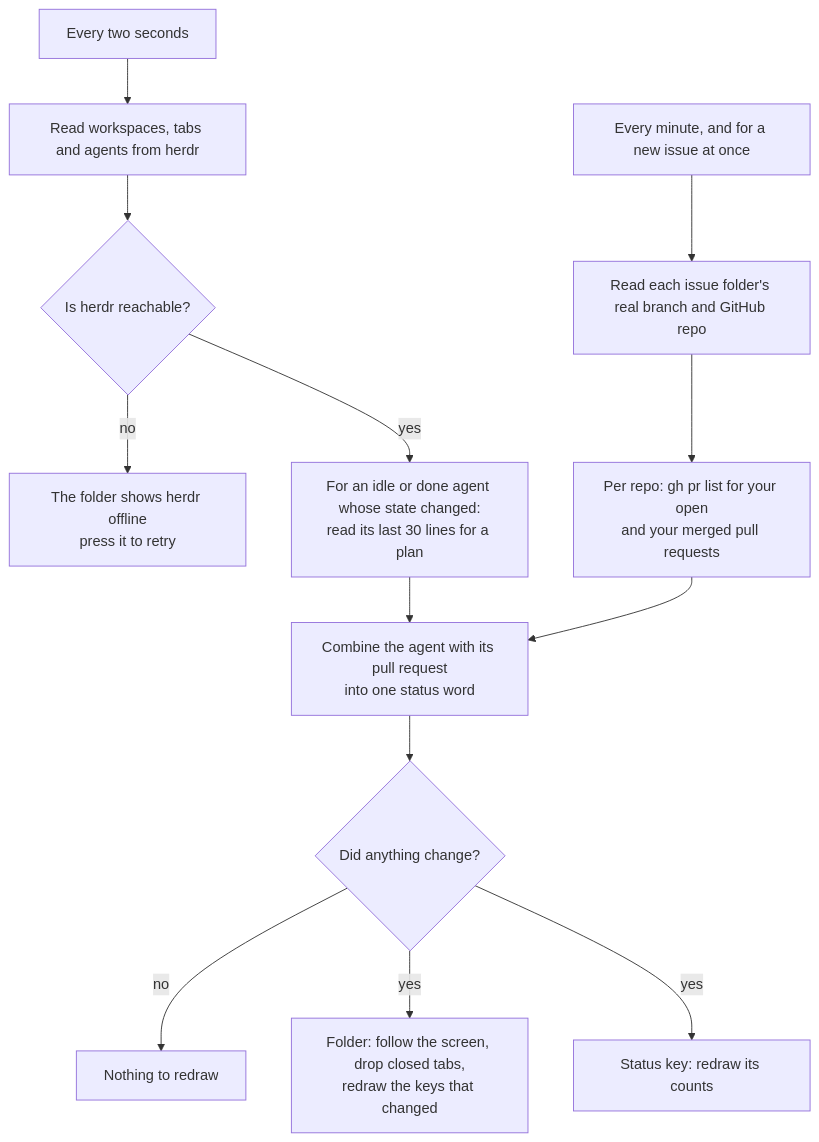
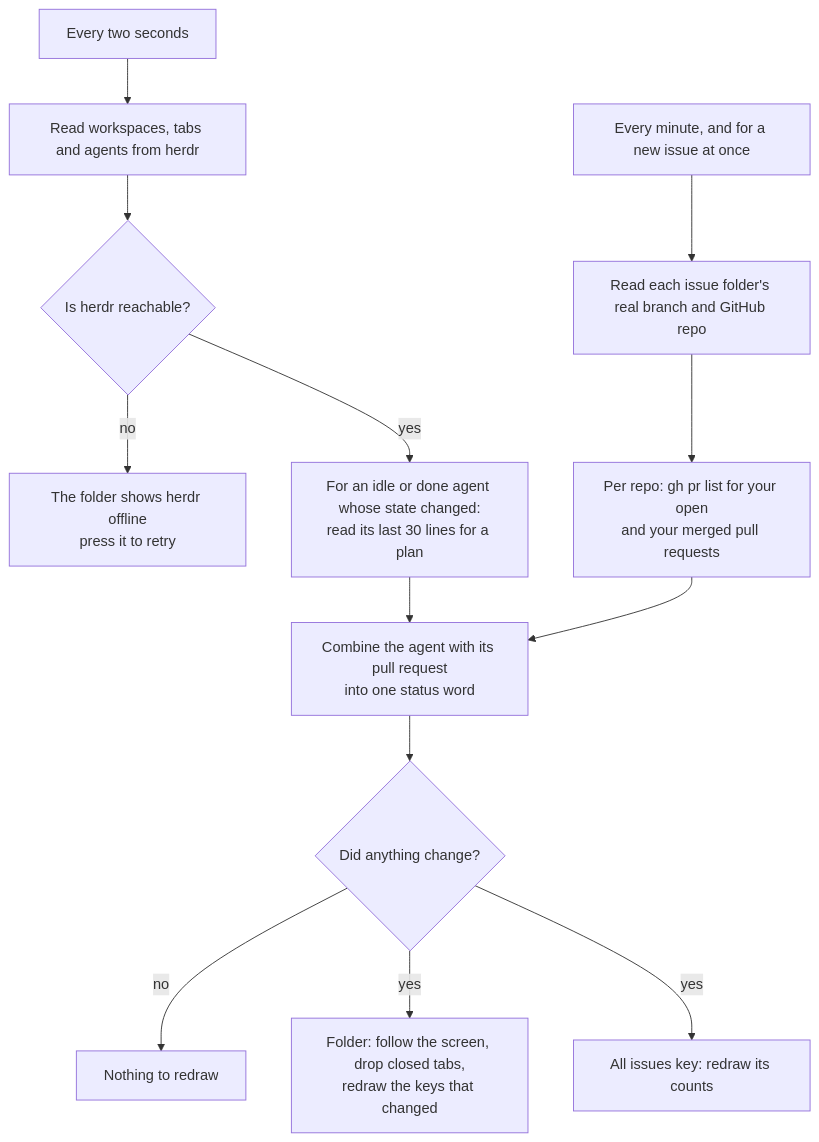
One commit to PieterLuypaert/helm changed the seventh of 7 diagrams in docs/flows.md. Above: the diagram before and after it, drawn with Mermaid. The commit also changed other lines of this file and 5 other files, not shown here.

Commit message:
docs: show the All issues key and its overview

````diff
--- a/docs/flows.md
+++ b/docs/flows.md
@@ -182,15 +181,15 @@
 ```mermaid
 flowchart TD
     tick["Every two seconds"] --> read["Read workspaces, tabs and agents from herdr"]
     read --> reachable{"Is herdr reachable?"}
     reachable -->|no| offline["The folder shows herdr offline<br/>press it to retry"]
     reachable -->|yes| plan["For an idle or done agent whose state changed:<br/>read its last 30 lines for a plan"]
     plan --> status["Combine the agent with its pull request<br/>into one status word"]
     status --> changed{"Did anything change?"}
     changed -->|no| quiet["Nothing to redraw"]
     changed -->|yes| folder["Folder: follow the screen, drop closed tabs,<br/>redraw the keys that changed"]
-    changed -->|yes| statusKey["Status key: redraw its counts"]
+    changed -->|yes| allKey["All issues key: redraw its counts"]
     minute["Every minute, and for a new issue at once"] --> branch["Read each issue folder's real branch and GitHub repo"]
     branch --> gh["Per repo: gh pr list for your open<br/>and your merged pull requests"]
     gh --> status
 ```
````
